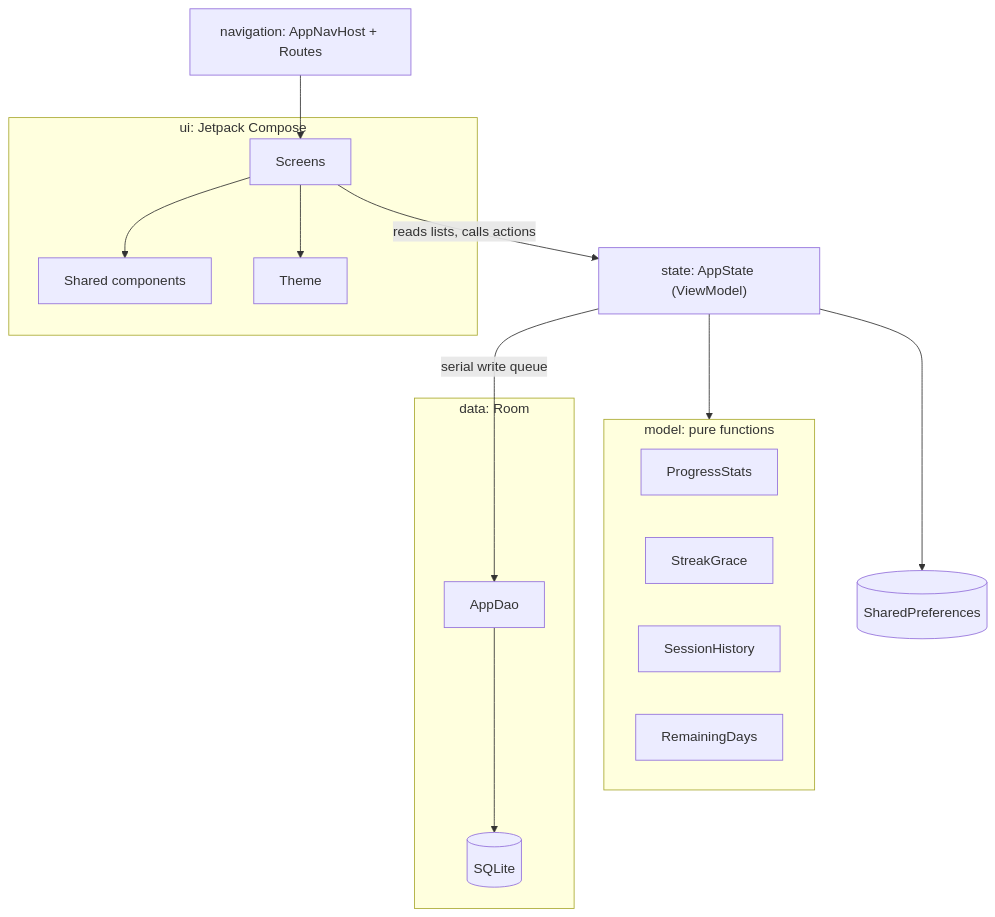
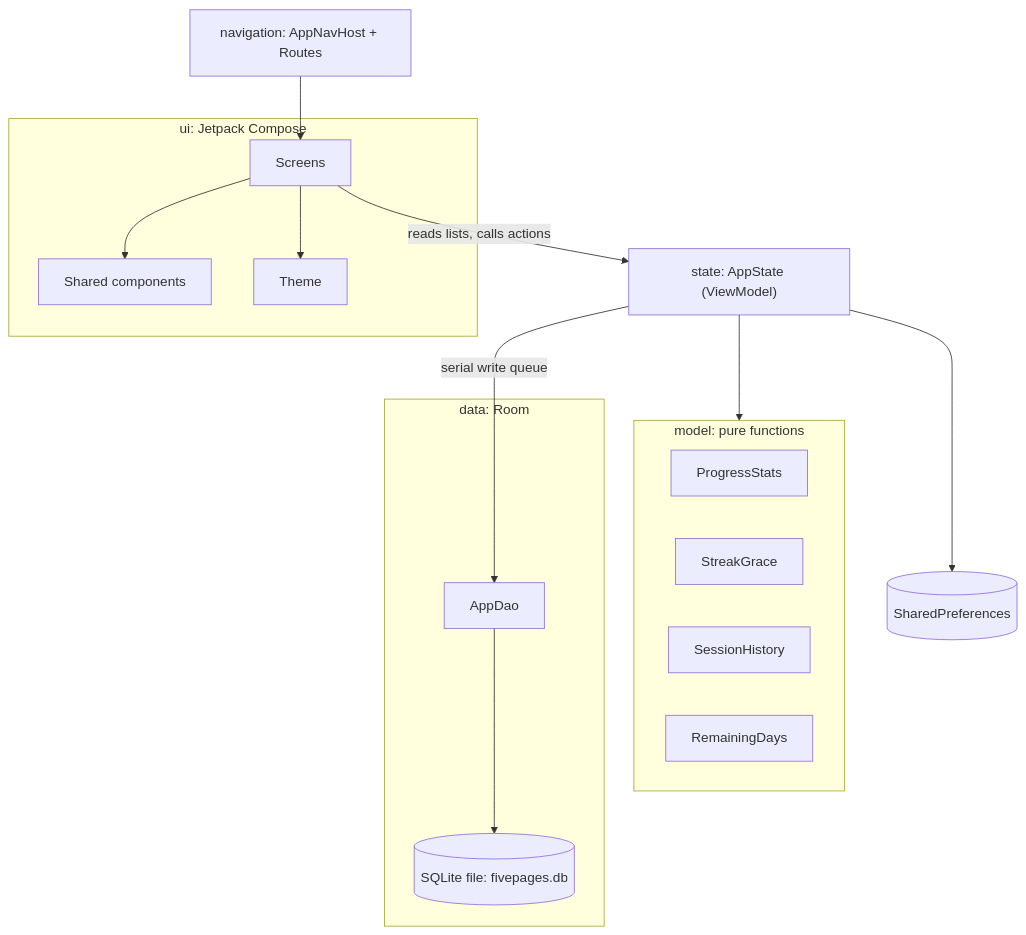
The second of 3 diagrams in README.md (aasarmiento/FivePages), drawn with Mermaid before and after one commit. The commit also changed other lines of this file, not shown here.

````diff
--- a/README.md
+++ b/README.md
@@ -192,30 +192,30 @@
 ```mermaid
 flowchart TB
     subgraph UI["ui: Jetpack Compose"]
         SCR[Screens]
         CMP[Shared components]
         THM[Theme]
         SCR --> CMP
         SCR --> THM
     end
     NAV[navigation: AppNavHost + Routes]
     ST["state: AppState (ViewModel)"]
     subgraph MOD["model: pure functions"]
         PS[ProgressStats]
         SG[StreakGrace]
         SHx[SessionHistory]
         RD[RemainingDays]
     end
     subgraph DATA["data: Room"]
         DAO[AppDao]
-        DB[(SQLite)]
+        DB[(SQLite file: fivepages.db)]
         DAO --> DB
     end
     PREF[(SharedPreferences)]
 
     NAV --> SCR
     SCR -- reads lists, calls actions --> ST
     ST --> MOD
     ST -- serial write queue --> DAO
     ST --> PREF
 ```
````
